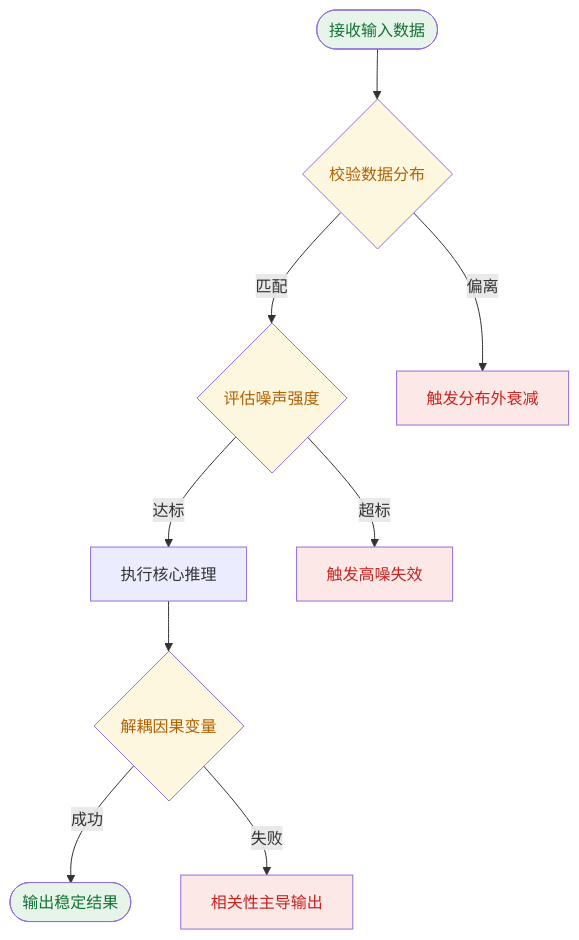
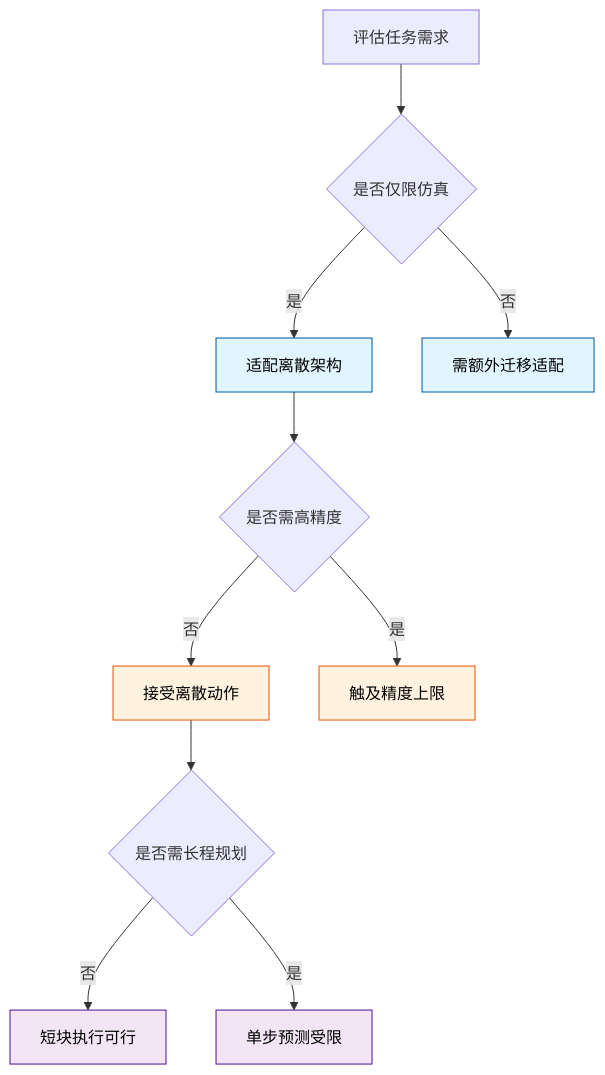
One commit to ShinewineW/paper-rolling changed the ninth of 10 diagrams in person_vault/2026-06-08_WorldVLA_2506.21539/report.md. Above: the diagram before and after it, drawn with Mermaid. The commit also changed other lines of this file and 51 other files, not shown here.

````diff
--- a/person_vault/2026-06-08_WorldVLA_2506.21539/report.md
+++ b/person_vault/2026-06-08_WorldVLA_2506.21539/report.md
@@ -425,18 +593,17 @@
 ```mermaid
 flowchart TD
-    start(["接收输入数据"]) --> check_dist{校验数据分布}
-    check_dist -->|匹配| check_noise{评估噪声强度}
-    check_dist -->|偏离| fail_ood["触发分布外衰减"]
-    check_noise -->|达标| run_core["执行核心推理"]
-    check_noise -->|超标| fail_noise["触发高噪失效"]
-    run_core --> check_causal{解耦因果变量}
-    check_causal -->|成功| success(["输出稳定结果"])
-    check_causal -->|失败| fail_corr["相关性主导输出"]
-    classDef safe fill:#e6f4ea,color:#137333;
-    classDef warn fill:#fef7e0,color:#b06000;
-    classDef fail fill:#fce8e6,color:#c5221f;
-    classDef data fill:#e8f0fe,color:#1967d2;
-    class start,success safe;
-    class check_dist,check_noise,check_causal warn;
-    class fail_ood,fail_noise,fail_corr fail;
+    classDef sim fill:#e1f5fe,stroke:#01579b,color:#000;
+    classDef prec fill:#fff3e0,stroke:#e65100,color:#000;
+    classDef plan fill:#f3e5f5,stroke:#4a148c,color:#000;
+    classDef data fill:#e8f5e9,stroke:#1b5e20,color:#000;
+
+    eval_task["评估任务需求"] --> check_sim{是否仅限仿真}
+    check_sim -->|是| sim_ok["适配离散架构"]:::sim
+    check_sim -->|否| sim_fail["需额外迁移适配"]:::sim
+    sim_ok --> check_prec{是否需高精度}
+    check_prec -->|否| prec_ok["接受离散动作"]:::prec
+    check_prec -->|是| prec_fail["触及精度上限"]:::prec
+    prec_ok --> check_plan{是否需长程规划}
+    check_plan -->|否| plan_ok["短块执行可行"]:::plan
+    check_plan -->|是| plan_fail["单步预测受限"]:::plan
 ```
````
